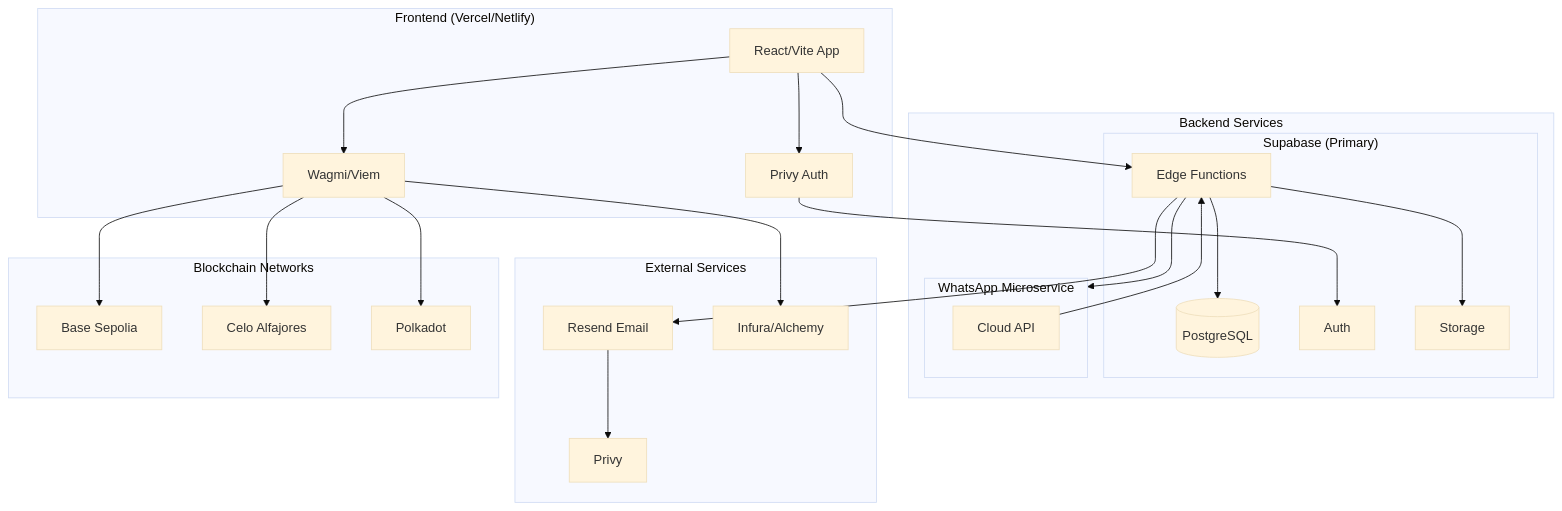
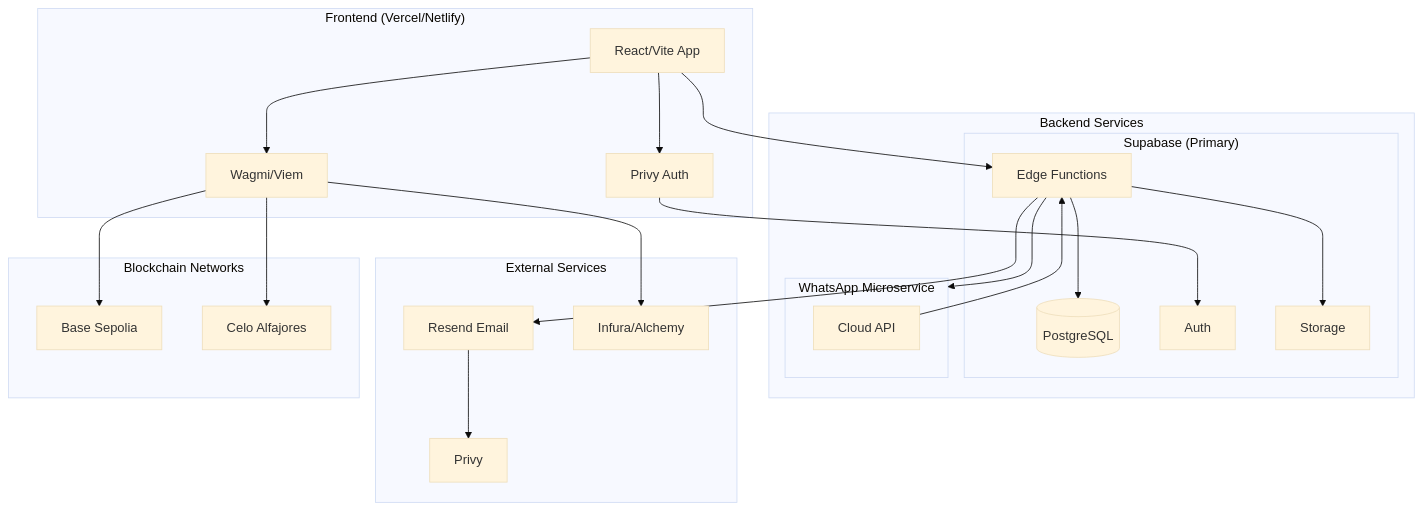
Before and after one commit to Mosss-OS/Peys_OS: the first of 7 diagrams in README.md, drawn with Mermaid (base theme). The commit also changed other lines of this file, not shown here.

Commit message:
docs: remove Polkadot references from README

````diff
--- a/README.md
+++ b/README.md
@@ -11,48 +11,46 @@
 ```mermaid
 flowchart TB
     subgraph Frontend["Frontend (Vercel/Netlify)"]
         UI[React/Vite App]
         Auth[Privy Auth]
         Wallet[Wagmi/Viem]
     end
 
     subgraph Backend["Backend Services"]
         subgraph Supabase["Supabase (Primary)"]
             DB[(PostgreSQL)]
             Auth_Supabase[Auth]
             EdgeFuncs[Edge Functions]
             Storage[Storage]
         end
         
         subgraph WhatsApp["WhatsApp Microservice"]
             Cloud_API[Cloud API]
         end
     end
 
     subgraph External["External Services"]
         Email[Resend Email]
         RPC[Infura/Alchemy]
         Privy[Privy]
     end
 
     subgraph Blockchain["Blockchain Networks"]
         Base[Base Sepolia]
         Celo[Celo Alfajores]
-        Polkadot[Polkadot]
     end
-
+    
     UI --> Auth
     UI --> Wallet
     UI --> EdgeFuncs
     Auth --> Auth_Supabase
     Wallet --> RPC
     Wallet --> Base
     Wallet --> Celo
-    Wallet --> Polkadot
     EdgeFuncs --> DB
     EdgeFuncs --> Storage
     EdgeFuncs --> Email
     EdgeFuncs --> WhatsApp
     Cloud_API --> EdgeFuncs
     Email --> Privy
 ```
````
